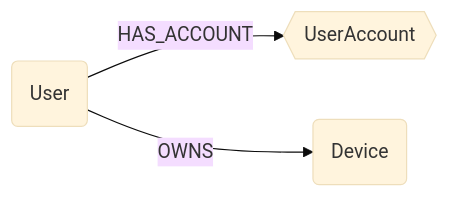
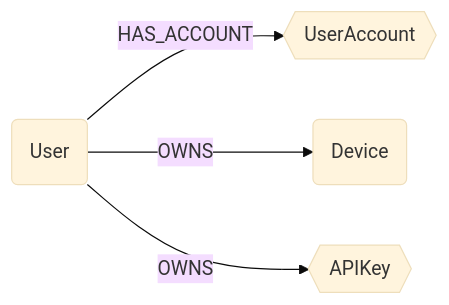
One commit to sec-js/cartography changed the diagram in docs/root/modules/ontology/schema.md. Above: the diagram before and after it, drawn with Mermaid (base theme). The commit also changed other lines of this file and 7 other files, not shown here.

````diff
--- a/docs/root/modules/ontology/schema.md
+++ b/docs/root/modules/ontology/schema.md
@@ -6,6 +6,7 @@
 ```mermaid
 graph LR
 
 U(User) -- HAS_ACCOUNT --> UA{{UserAccount}}
 U -- OWNS --> CC(Device)
+U -- OWNS --> AK{{APIKey}}
 ```
````
